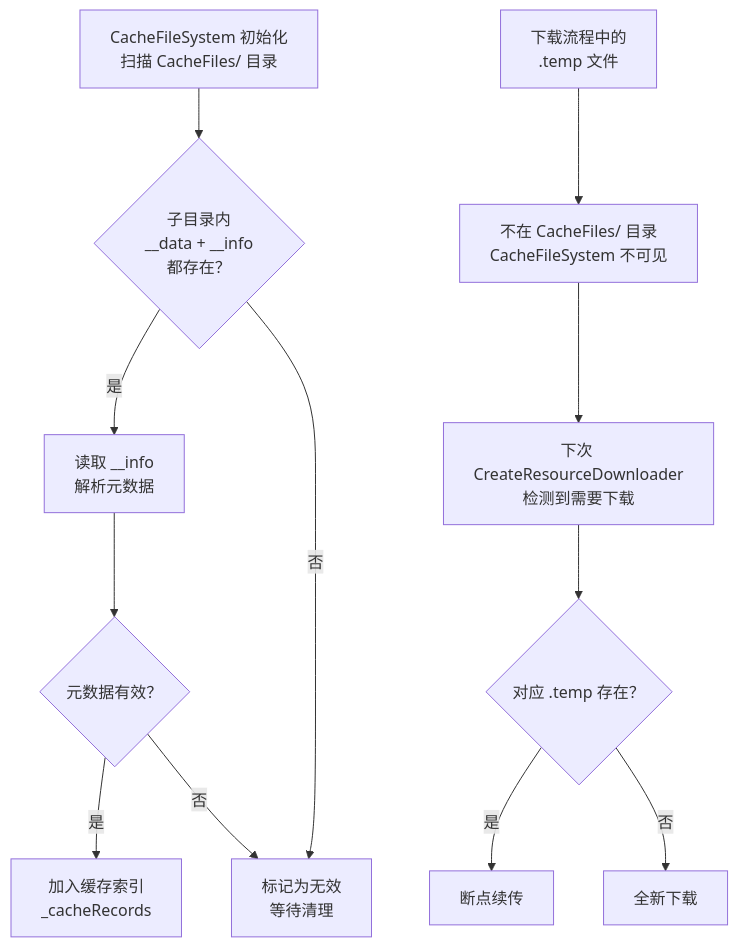
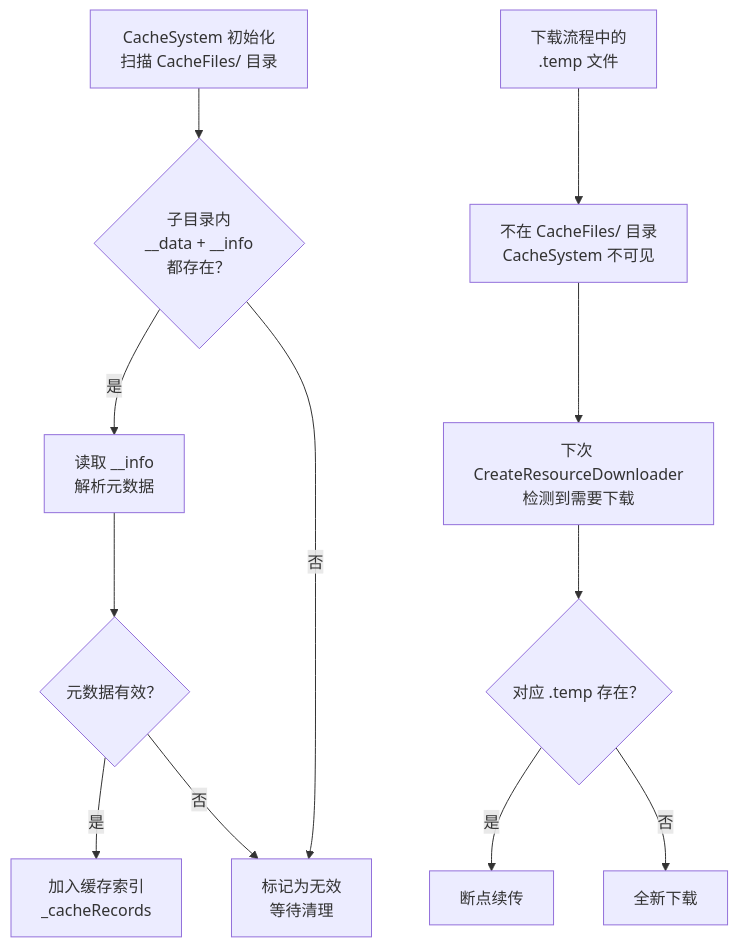
Before and after one commit to TwoEggDu/twoegg-tech-stack: the third of 3 diagrams in content/engine-toolchain/unity-yooasset-downloader-cache-system-resume-verify.md, drawn with Mermaid. The commit also changed other lines of this file and 17 other files, not shown here.

````diff
--- a/content/engine-toolchain/unity-yooasset-downloader-cache-system-resume-verify.md
+++ b/content/engine-toolchain/unity-yooasset-downloader-cache-system-resume-verify.md
@@ -311,15 +311,15 @@
 ```mermaid
 flowchart TD
-    A["CacheFileSystem 初始化<br/>扫描 CacheFiles/ 目录"] --> B{"子目录内<br/>__data + __info<br/>都存在？"}
+    A["CacheSystem 初始化<br/>扫描 CacheFiles/ 目录"] --> B{"子目录内<br/>__data + __info<br/>都存在？"}
     B -->|"是"| C["读取 __info<br/>解析元数据"]
     C --> D{"元数据有效？"}
     D -->|"是"| E["加入缓存索引<br/>_cacheRecords"]
     D -->|"否"| F["标记为无效<br/>等待清理"]
     B -->|"否"| F
 
-    G["下载流程中的<br/>.temp 文件"] --> H["不在 CacheFiles/ 目录<br/>CacheFileSystem 不可见"]
+    G["下载流程中的<br/>.temp 文件"] --> H["不在 CacheFiles/ 目录<br/>CacheSystem 不可见"]
     H --> I["下次 CreateResourceDownloader<br/>检测到需要下载"]
     I --> J{"对应 .temp 存在？"}
     J -->|"是"| K["断点续传"]
     J -->|"否"| L["全新下载"]
 ```
````
